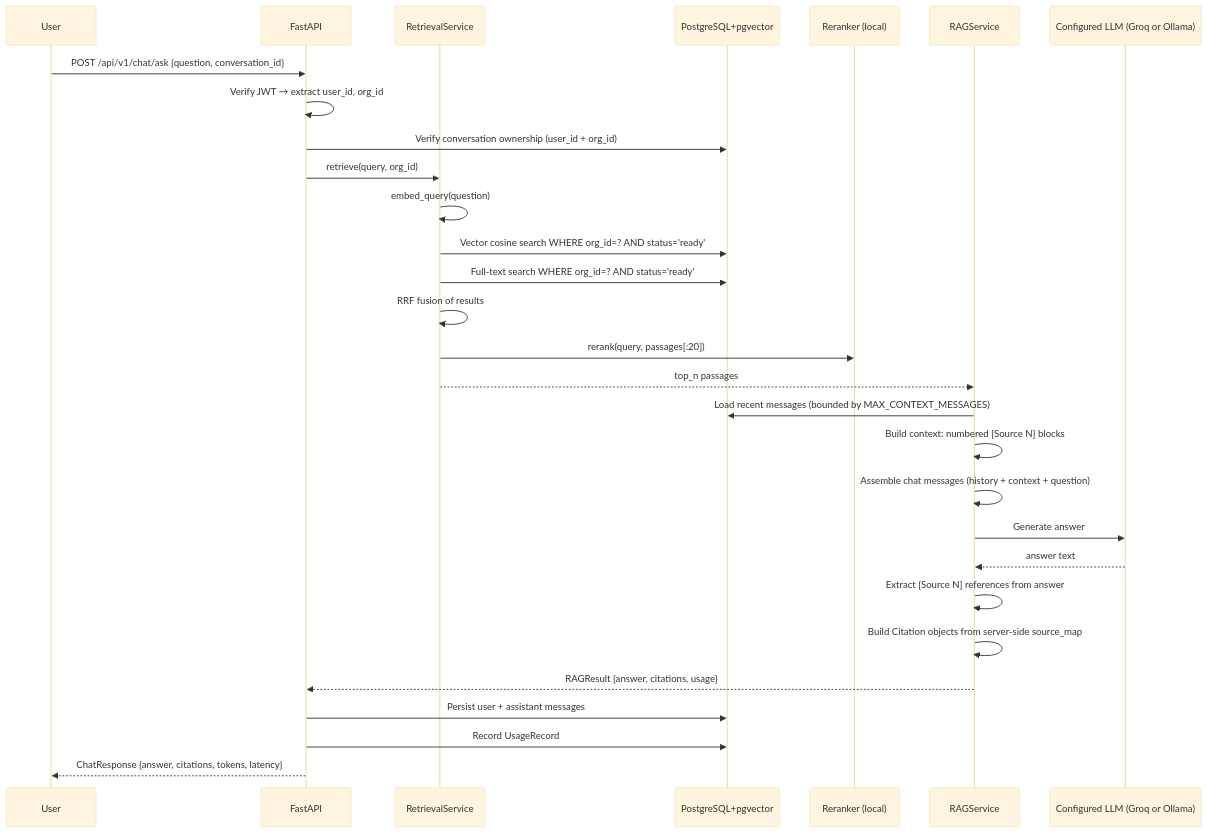
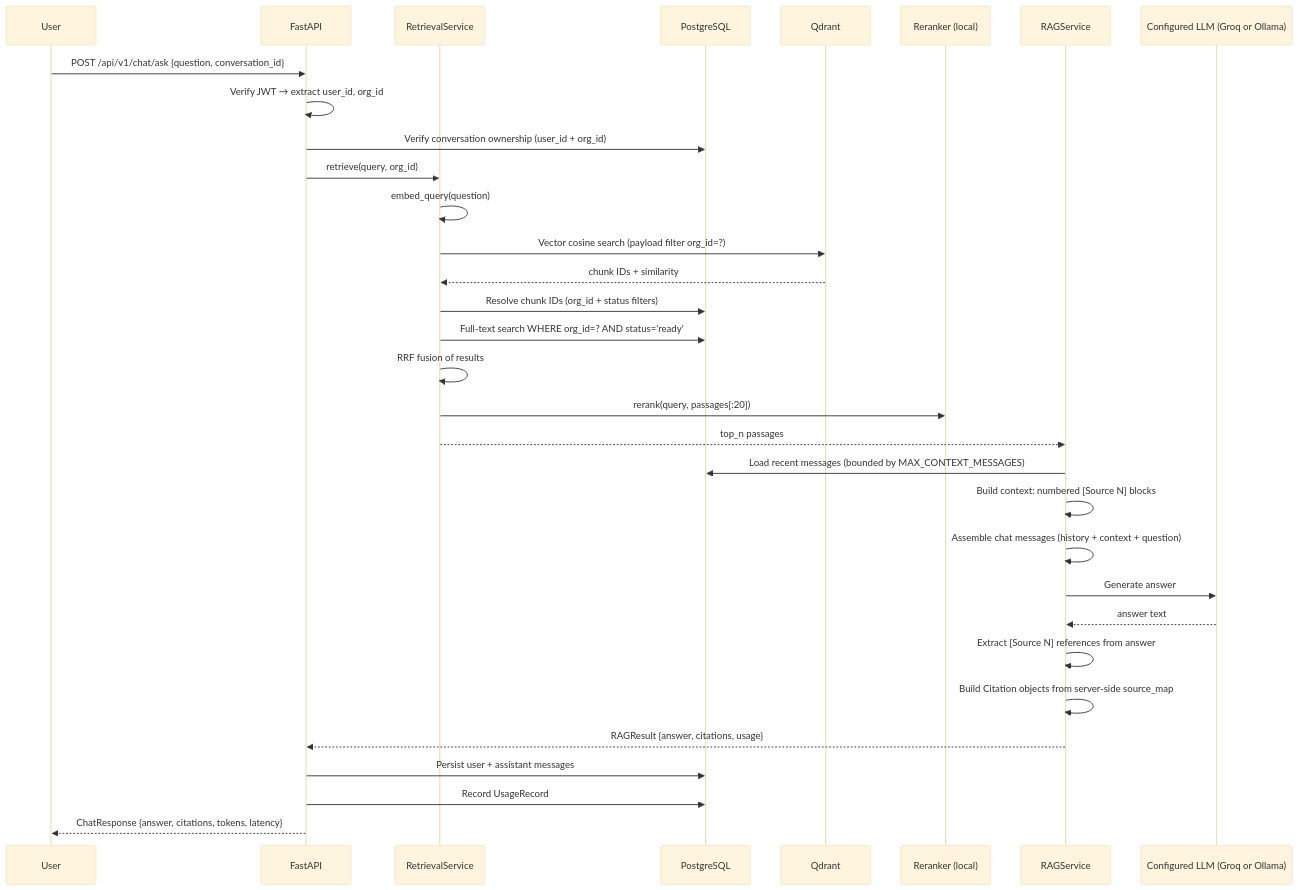
One commit to Abdulhaq6920/FIKRA-AI changed the diagram in docs/architecture/rag-pipeline.md. Above: the diagram before and after it, drawn with Mermaid (base theme). The commit also changed other lines of this file and 129 other files, not shown here.

````diff
--- a/docs/architecture/rag-pipeline.md
+++ b/docs/architecture/rag-pipeline.md
@@ -16,35 +16,38 @@
 ```mermaid
 sequenceDiagram
     participant U as User
     participant API as FastAPI
     participant RS as RetrievalService
-    participant PG as PostgreSQL+pgvector
+    participant PG as PostgreSQL
+    participant QD as Qdrant
     participant RR as Reranker (local)
     participant RAG as RAGService
     participant LLM as Configured LLM (Groq or Ollama)
 
     U->>API: POST /api/v1/chat/ask {question, conversation_id}
     API->>API: Verify JWT → extract user_id, org_id
     API->>PG: Verify conversation ownership (user_id + org_id)
     API->>RS: retrieve(query, org_id)
 
     RS->>RS: embed_query(question)
-    RS->>PG: Vector cosine search WHERE org_id=? AND status='ready'
+    RS->>QD: Vector cosine search (payload filter org_id=?)
+    QD-->>RS: chunk IDs + similarity
+    RS->>PG: Resolve chunk IDs (org_id + status filters)
     RS->>PG: Full-text search WHERE org_id=? AND status='ready'
     RS->>RS: RRF fusion of results
     RS->>RR: rerank(query, passages[:20])
     RS-->>RAG: top_n passages
 
     RAG->>PG: Load recent messages (bounded by MAX_CONTEXT_MESSAGES)
     RAG->>RAG: Build context: numbered [Source N] blocks
     RAG->>RAG: Assemble chat messages (history + context + question)
     RAG->>LLM: Generate answer
     LLM-->>RAG: answer text
     RAG->>RAG: Extract [Source N] references from answer
     RAG->>RAG: Build Citation objects from server-side source_map
     RAG-->>API: RAGResult {answer, citations, usage}
 
     API->>PG: Persist user + assistant messages
     API->>PG: Record UsageRecord
     API-->>U: ChatResponse {answer, citations, tokens, latency}
 ```
````
